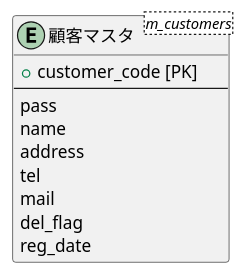
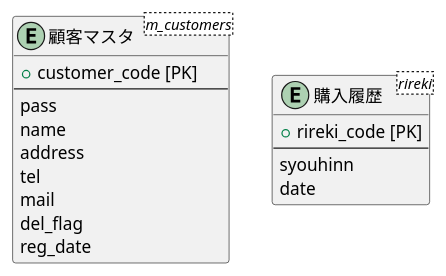
Before and after one commit to aso2001036/2021sys-design: the diagram in ER.md, drawn with PlantUML.

````diff
--- a/ER.md
+++ b/ER.md
@@ -1,15 +1,21 @@
 ```puml
 @startuml
 entity "顧客マスタ" as customer <m_customers> {
 + customer_code [PK]
 --
 pass
 name
 address
 tel
 mail
 del_flag
 reg_date
 }
+entity "購入履歴" as rireki <rireki> {
++ rireki_code [PK]
+--
+syouhinn
+date
+}
 @enduml
 ```
````
